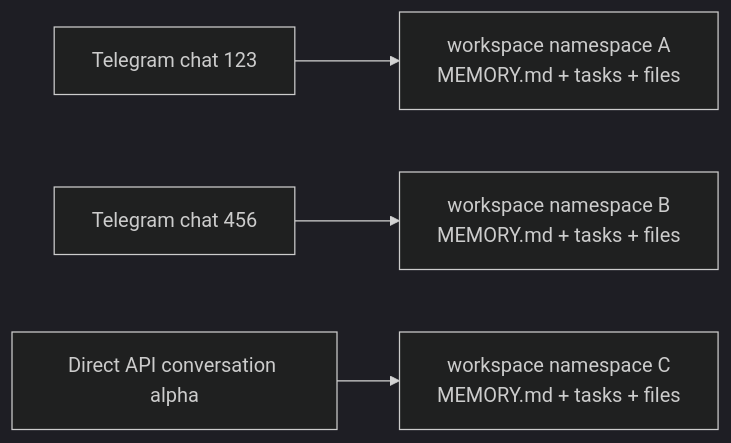
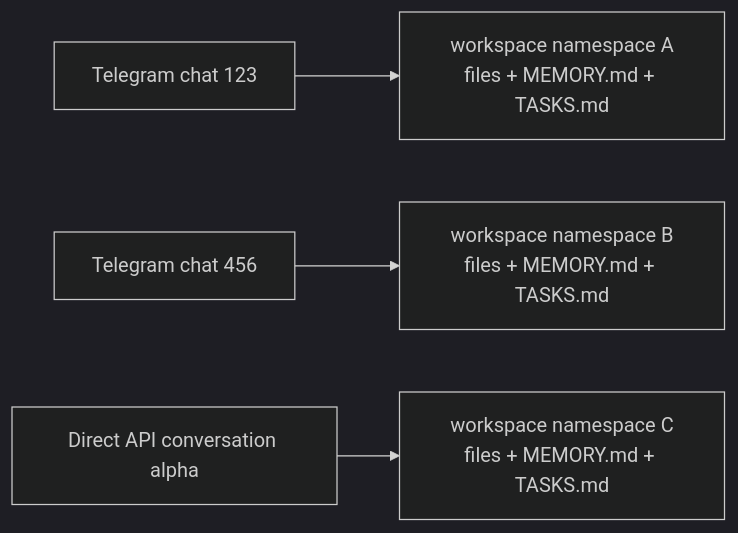
One commit to beeblastco/broods changed the second of 3 diagrams in docs/workspace/memory-and-session.md. Above: the diagram before and after it, drawn with Mermaid (dark theme). The commit also changed other lines of this file and 41 other files, not shown here.

First line of the commit message:
feat: stage skills into sandbox with publish-back, drop memory/tasks tools

````diff
--- a/docs/workspace/memory-and-session.md
+++ b/docs/workspace/memory-and-session.md
@@ -34,6 +39,6 @@
 ```mermaid
 flowchart LR
-  T1["Telegram chat 123"] --> M1["workspace namespace A<br/>MEMORY.md + tasks + files"]
-  T2["Telegram chat 456"] --> M2["workspace namespace B<br/>MEMORY.md + tasks + files"]
-  D1["Direct API conversation alpha"] --> M3["workspace namespace C<br/>MEMORY.md + tasks + files"]
+  T1["Telegram chat 123"] --> M1["workspace namespace A<br/>files + MEMORY.md + TASKS.md"]
+  T2["Telegram chat 456"] --> M2["workspace namespace B<br/>files + MEMORY.md + TASKS.md"]
+  D1["Direct API conversation alpha"] --> M3["workspace namespace C<br/>files + MEMORY.md + TASKS.md"]
 ```
````
